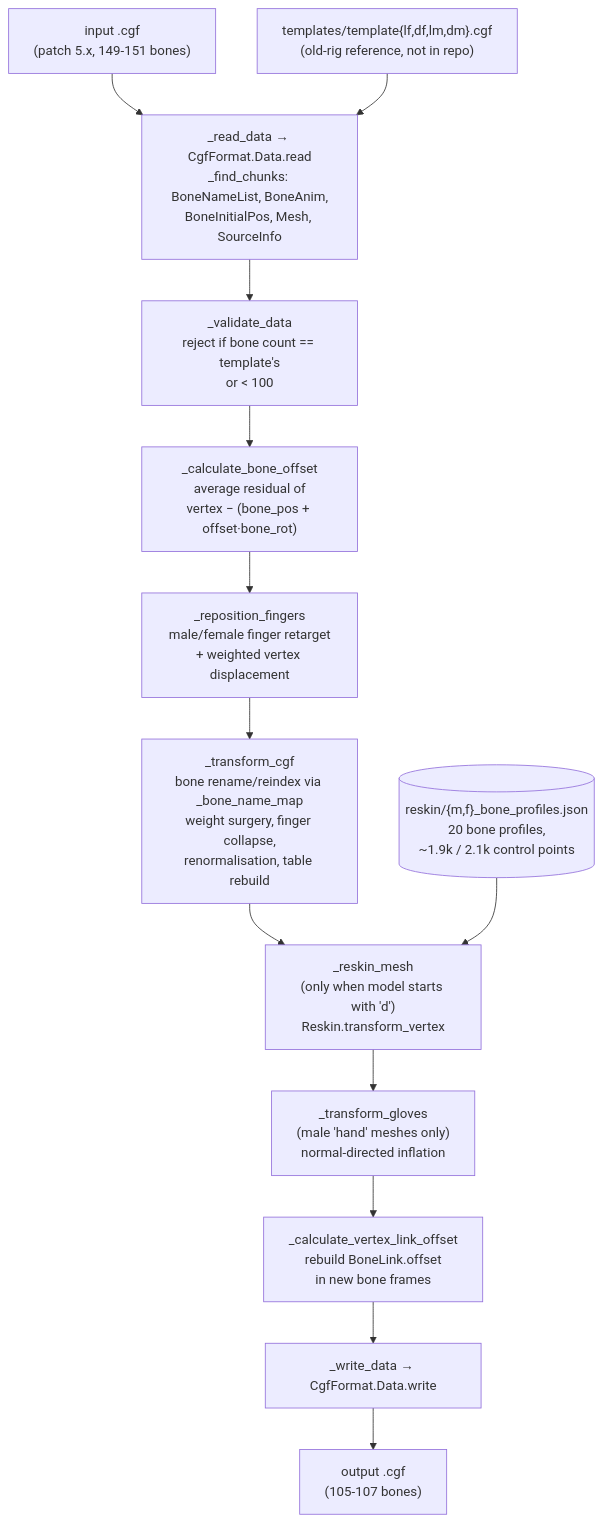
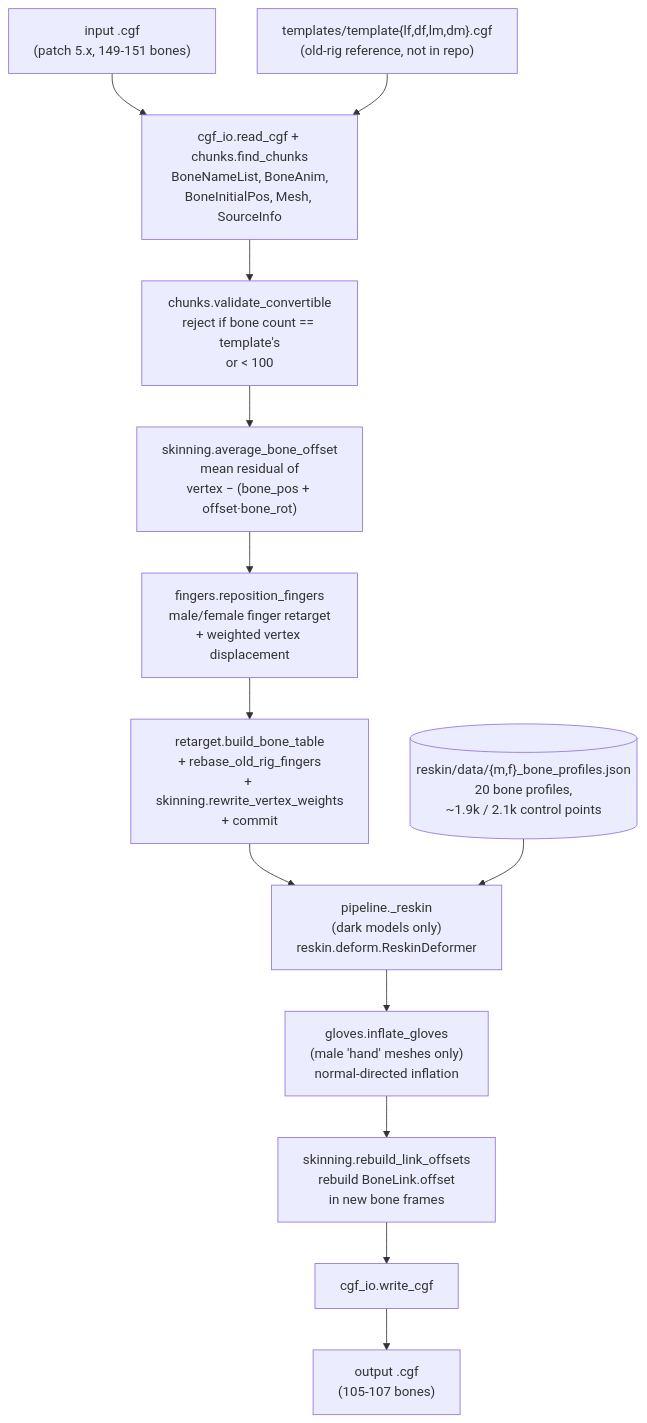
One commit to DenisKuivalainen/transform-cgf changed the diagram in README.md. Above: the diagram before and after it, drawn with Mermaid. The commit also changed other lines of this file and 87 other files, not shown here.

````diff
--- a/README.md
+++ b/README.md
@@ -13,15 +92,15 @@
 ```mermaid
 flowchart TD
     IN["input .cgf<br/>(patch 5.x, 149-151 bones)"] --> READ
     TPL["templates/template{lf,df,lm,dm}.cgf<br/>(old-rig reference, not in repo)"] --> READ
-    READ["_read_data → CgfFormat.Data.read<br/>_find_chunks: BoneNameList, BoneAnim,<br/>BoneInitialPos, Mesh, SourceInfo"] --> VAL
-    VAL["_validate_data<br/>reject if bone count == template's<br/>or &lt; 100"] --> OFF
-    OFF["_calculate_bone_offset<br/>average residual of<br/>vertex − (bone_pos + offset·bone_rot)"] --> FING
-    FING["_reposition_fingers<br/>male/female finger retarget<br/>+ weighted vertex displacement"] --> XF
-    XF["_transform_cgf<br/>bone rename/reindex via _bone_name_map<br/>weight surgery, finger collapse,<br/>renormalisation, table rebuild"] --> RS
-    RS["_reskin_mesh<br/>(only when model starts with 'd')<br/>Reskin.transform_vertex"] --> GL
-    PROF[("reskin/{m,f}_bone_profiles.json<br/>20 bone profiles,<br/>~1.9k / 2.1k control points")] --> RS
-    GL["_transform_gloves<br/>(male 'hand' meshes only)<br/>normal-directed inflation"] --> LNK
-    LNK["_calculate_vertex_link_offset<br/>rebuild BoneLink.offset<br/>in new bone frames"] --> W
-    W["_write_data → CgfFormat.Data.write"] --> OUT["output .cgf<br/>(105-107 bones)"]
+    READ["cgf_io.read_cgf + chunks.find_chunks<br/>BoneNameList, BoneAnim,<br/>BoneInitialPos, Mesh, SourceInfo"] --> VAL
+    VAL["chunks.validate_convertible<br/>reject if bone count == template's<br/>or &lt; 100"] --> OFF
+    OFF["skinning.average_bone_offset<br/>mean residual of<br/>vertex − (bone_pos + offset·bone_rot)"] --> FING
+    FING["fingers.reposition_fingers<br/>male/female finger retarget<br/>+ weighted vertex displacement"] --> XF
+    XF["retarget.build_bone_table<br/>+ rebase_old_rig_fingers<br/>+ skinning.rewrite_vertex_weights<br/>+ commit"] --> RS
+    RS["pipeline._reskin<br/>(dark models only)<br/>reskin.deform.ReskinDeformer"] --> GL
+    PROF[("reskin/data/{m,f}_bone_profiles.json<br/>20 bone profiles,<br/>~1.9k / 2.1k control points")] --> RS
+    GL["gloves.inflate_gloves<br/>(male 'hand' meshes only)<br/>normal-directed inflation"] --> LNK
+    LNK["skinning.rebuild_link_offsets<br/>rebuild BoneLink.offset<br/>in new bone frames"] --> W
+    W["cgf_io.write_cgf"] --> OUT["output .cgf<br/>(105-107 bones)"]
 ```
````
